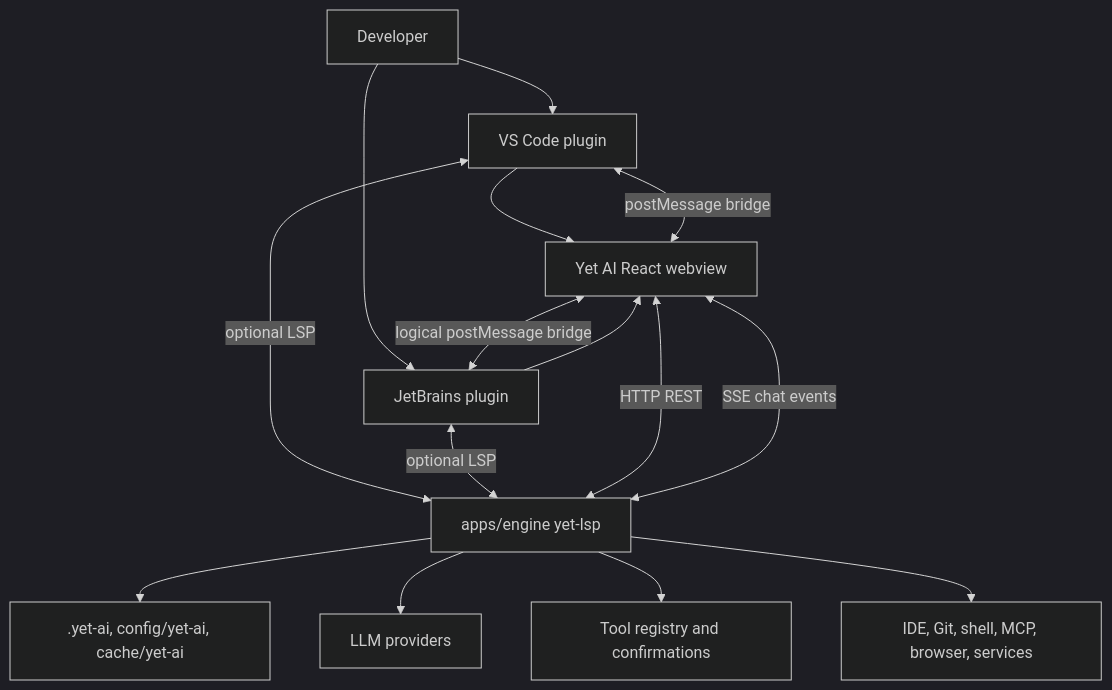
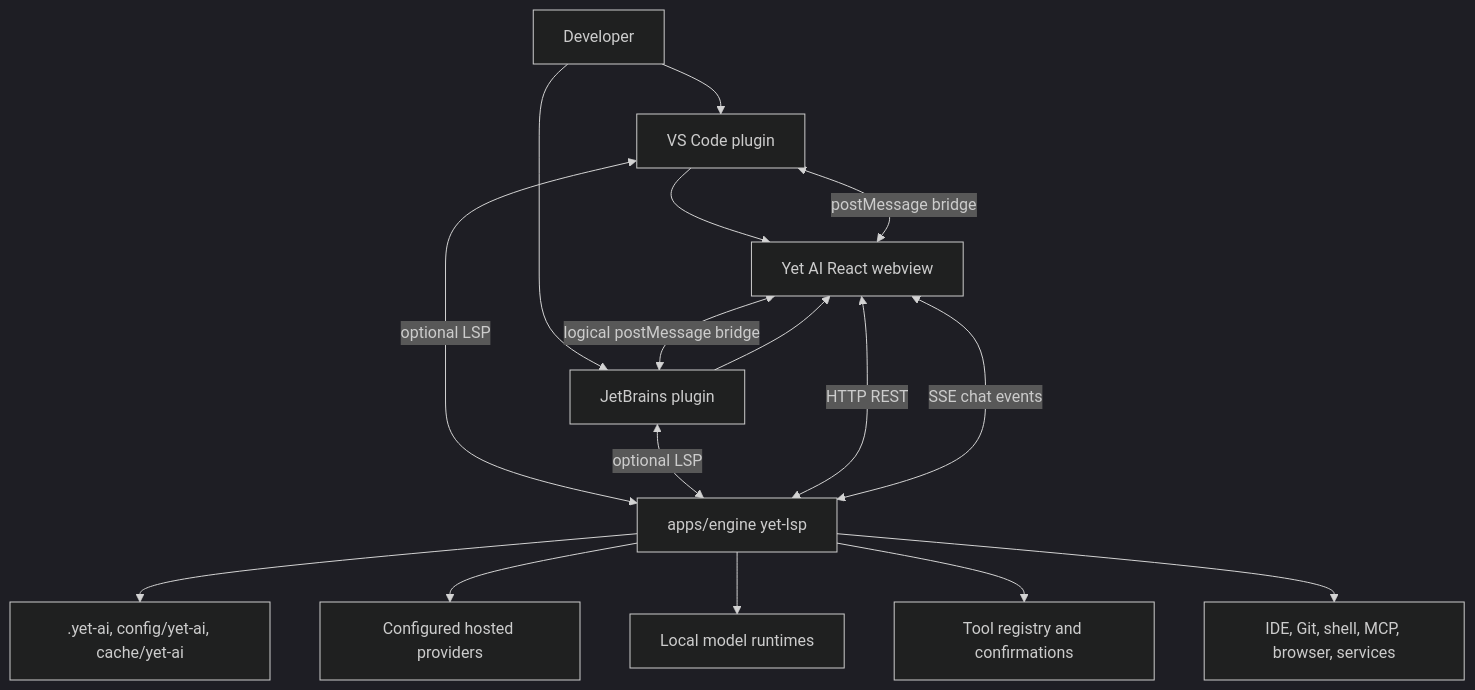
One commit to Kalvinklaine/yet-ai changed the diagram in docs/architecture/003-target-architecture.md. Above: the diagram before and after it, drawn with Mermaid (dark theme). The commit also changed other lines of this file and 14 other files, not shown here.

````diff
--- a/docs/architecture/003-target-architecture.md
+++ b/docs/architecture/003-target-architecture.md
@@ -284,17 +304,18 @@
 ```mermaid
 flowchart TD
     User[Developer] --> VSC[VS Code plugin]
     User --> JB[JetBrains plugin]
     VSC --> GUI[Yet AI React webview]
     JB --> GUI
     VSC <-->|optional LSP| Engine[apps/engine yet-lsp]
     JB <-->|optional LSP| Engine
     GUI <-->|HTTP REST| Engine
     GUI <-->|SSE chat events| Engine
     GUI <-->|postMessage bridge| VSC
     GUI <-->|logical postMessage bridge| JB
     Engine --> Storage[.yet-ai, config/yet-ai, cache/yet-ai]
-    Engine --> Providers[LLM providers]
+    Engine --> Providers[Configured hosted providers]
+    Engine --> LocalModels[Local model runtimes]
     Engine --> Tools[Tool registry and confirmations]
     Engine --> Integrations[IDE, Git, shell, MCP, browser, services]
 ```
````
